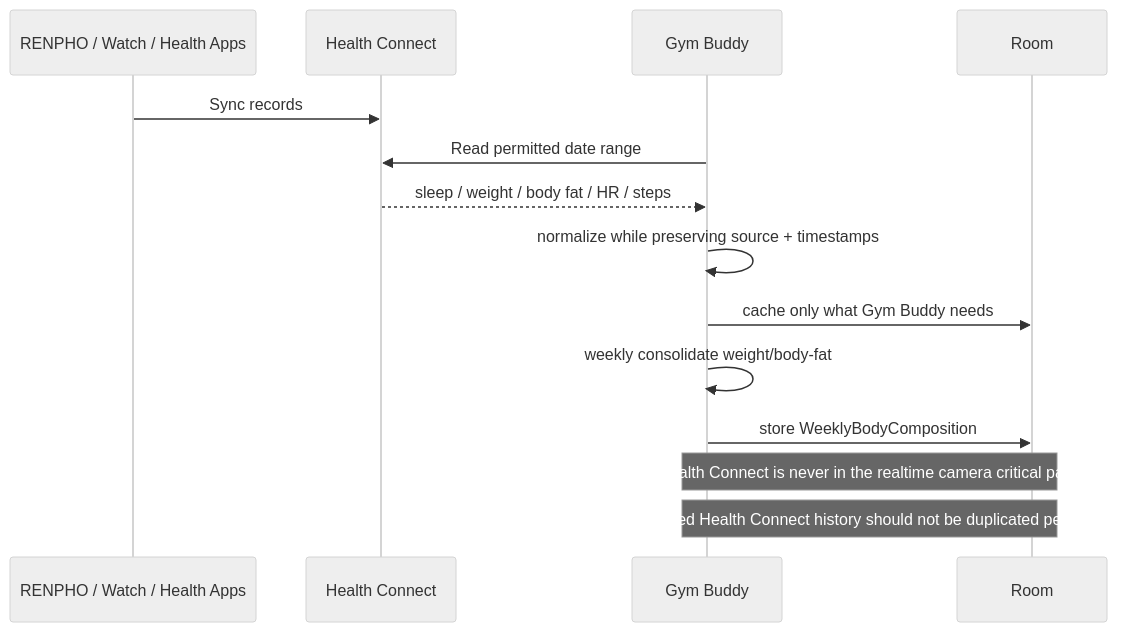
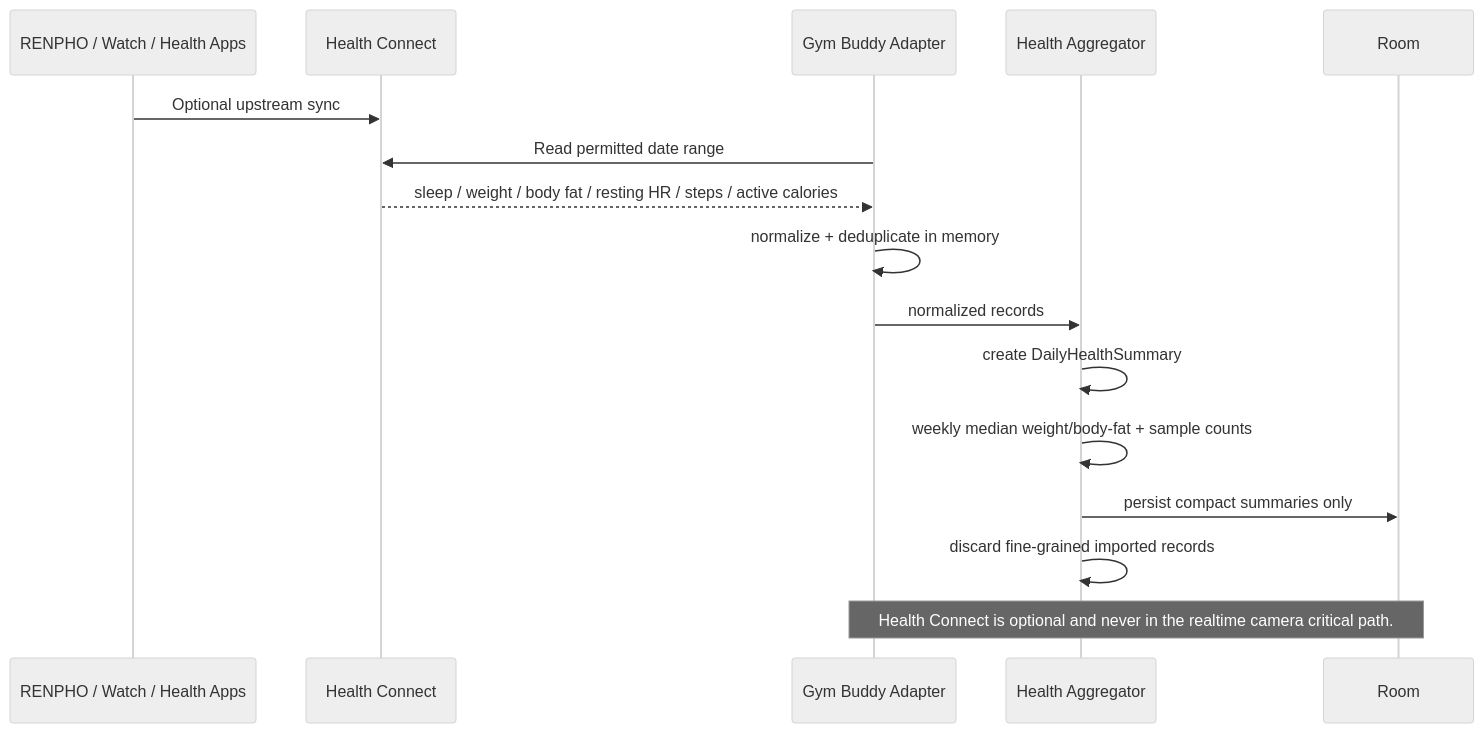
The fifth of 7 diagrams in docs/uml/OVERVIEW.md (lazerta/gym-buddy), drawn with Mermaid (neutral theme) before and after one commit. The commit also changed other lines of this file, not shown here.

Commit message:
UML v0.4: sync overview with reviewed architecture

````diff
--- a/docs/uml/OVERVIEW.md
+++ b/docs/uml/OVERVIEW.md
@@ -228,18 +273,20 @@
 ```mermaid
 sequenceDiagram
     participant SRC as RENPHO / Watch / Health Apps
     participant HC as Health Connect
-    participant G as Gym Buddy
+    participant G as Gym Buddy Adapter
+    participant A as Health Aggregator
     participant DB as Room
 
-    SRC->>HC: Sync records
+    SRC->>HC: Optional upstream sync
     G->>HC: Read permitted date range
-    HC-->>G: sleep / weight / body fat / HR / steps
-    G->>G: normalize while preserving source + timestamps
-    G->>DB: cache only what Gym Buddy needs
-    G->>G: weekly consolidate weight/body-fat
-    G->>DB: store WeeklyBodyComposition
+    HC-->>G: sleep / weight / body fat / resting HR / steps / active calories
+    G->>G: normalize + deduplicate in memory
+    G->>A: normalized records
+    A->>A: create DailyHealthSummary
+    A->>A: weekly median weight/body-fat + sample counts
+    A->>DB: persist compact summaries only
+    A->>A: discard fine-grained imported records
 
-    Note over G,DB: Health Connect is never in the realtime camera critical path.
-    Note over G,DB: Fine-grained Health Connect history should not be duplicated permanently.
+    Note over G,DB: Health Connect is optional and never in the realtime camera critical path.
 ```
````
